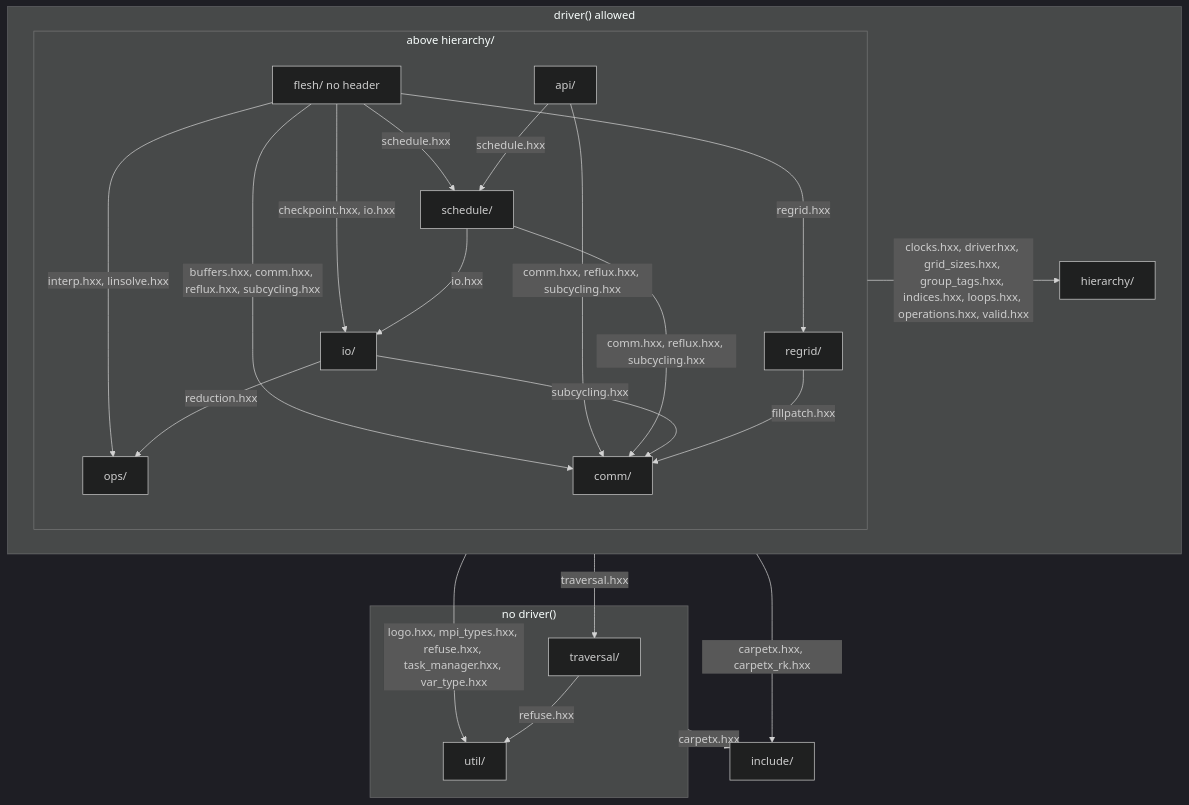
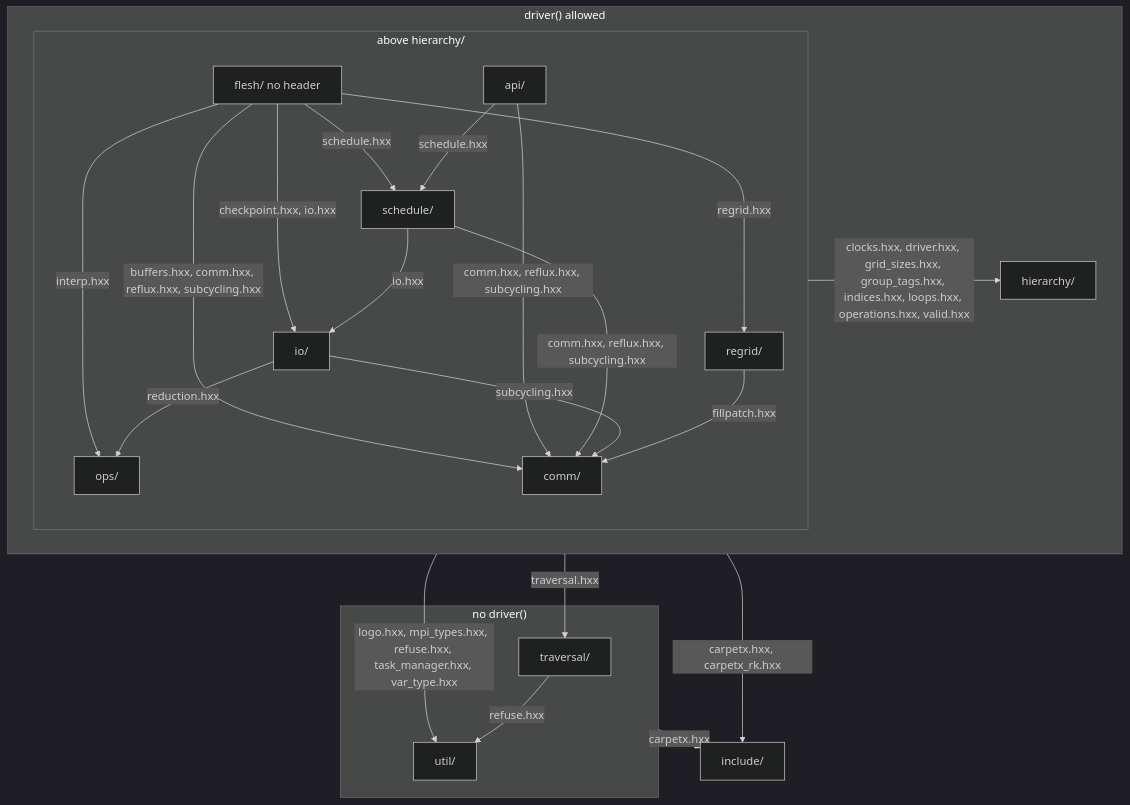
Before and after one commit to lwJi/CarpetX: the first of 3 diagrams in agent_docs/carpetx-internals.md, drawn with Mermaid (dark theme). The commit also changed 6 other files, not shown here.

````diff
--- a/agent_docs/carpetx-internals.md
+++ b/agent_docs/carpetx-internals.md
@@ -7,38 +7,38 @@
 ```mermaid
 flowchart TB
   subgraph door["driver() allowed"]
     subgraph above["above hierarchy/"]
       flesh["flesh/ no header"]
       api["api/"]
       schedule["schedule/"]
       io["io/"]
       ops["ops/"]
       regrid["regrid/"]
       comm["comm/"]
     end
     hierarchy["hierarchy/"]
   end
   subgraph nodoor["no driver()"]
     traversal["traversal/"]
     util["util/"]
   end
   include["include/"]
   flesh -- "schedule.hxx" --> schedule
   flesh -- "checkpoint.hxx, io.hxx" --> io
-  flesh -- "interp.hxx, linsolve.hxx" --> ops
+  flesh -- "interp.hxx" --> ops
   flesh -- "regrid.hxx" --> regrid
   flesh -- "buffers.hxx, comm.hxx, reflux.hxx, subcycling.hxx" --> comm
   api -- "schedule.hxx" --> schedule
   api -- "comm.hxx, reflux.hxx, subcycling.hxx" --> comm
   schedule -- "io.hxx" --> io
   schedule -- "comm.hxx, reflux.hxx, subcycling.hxx" --> comm
   io -- "reduction.hxx" --> ops
   io -- "subcycling.hxx" --> comm
   regrid -- "fillpatch.hxx" --> comm
   traversal -- "refuse.hxx" --> util
   above -- "clocks.hxx, driver.hxx, grid_sizes.hxx, group_tags.hxx, indices.hxx, loops.hxx, operations.hxx, valid.hxx" --> hierarchy
   door -- "traversal.hxx" --> traversal
   door -- "logo.hxx, mpi_types.hxx, refuse.hxx, task_manager.hxx, var_type.hxx" --> util
   door -- "carpetx.hxx, carpetx_rk.hxx" --> include
   nodoor -- "carpetx.hxx" --> include
 ```
````
